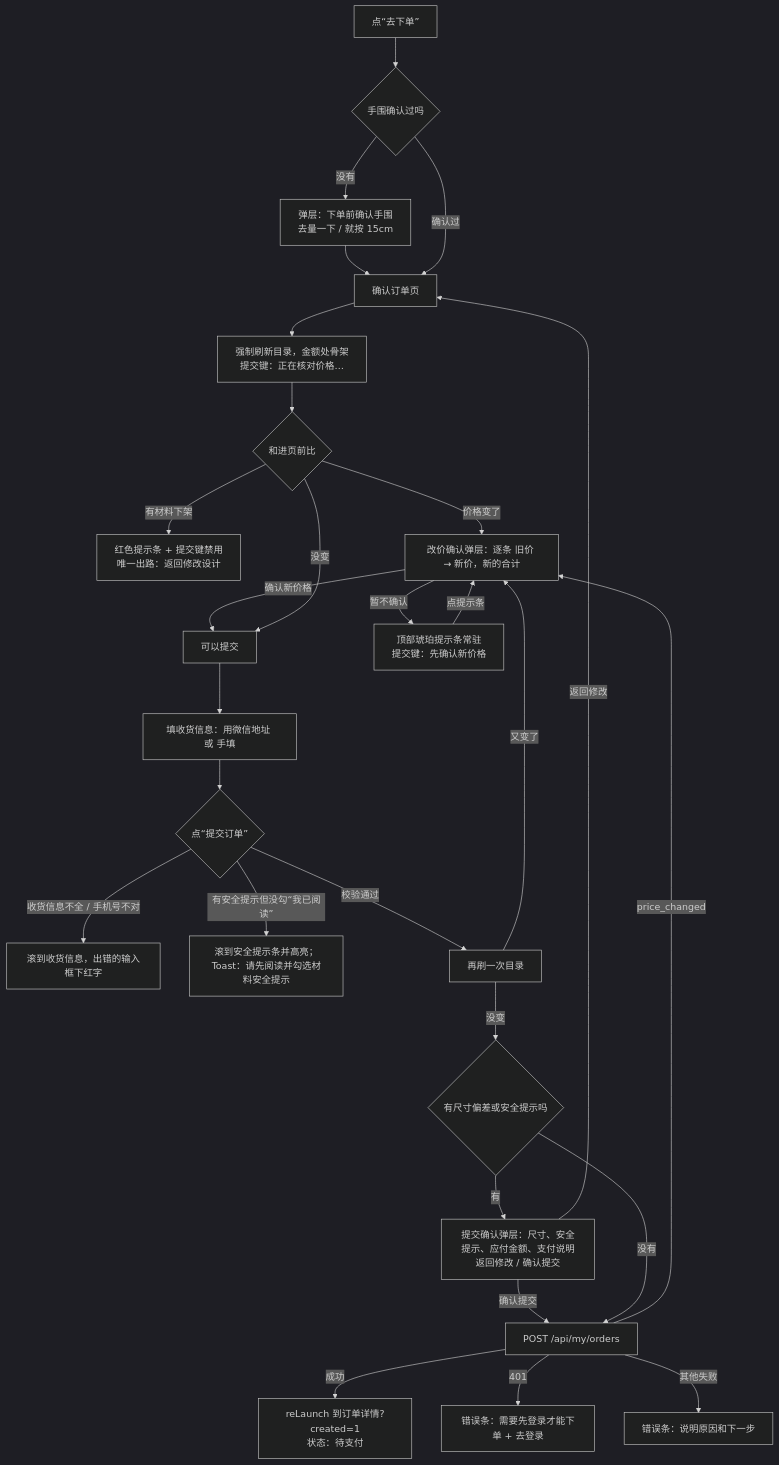
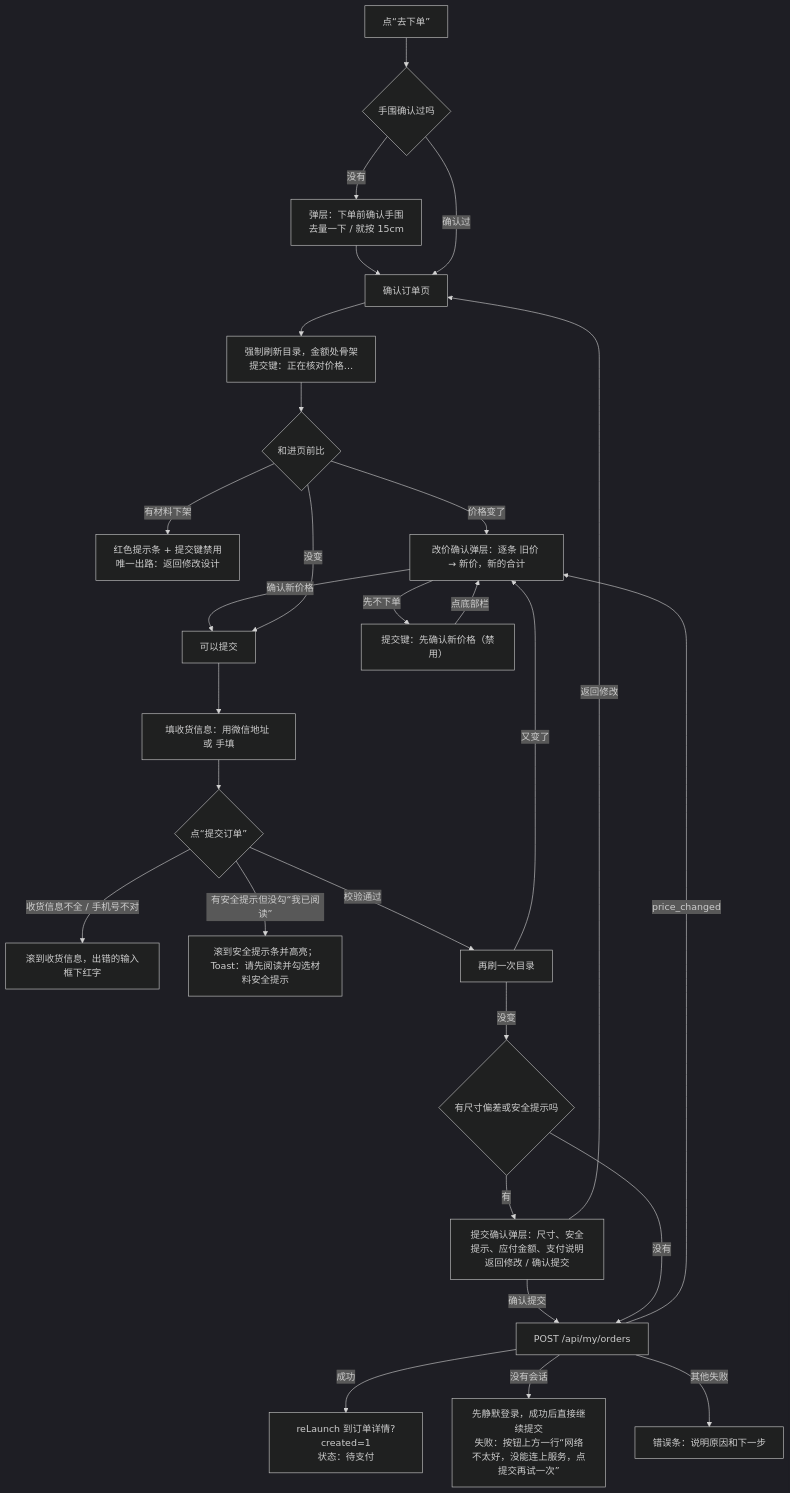
The sixth of 7 diagrams in docs/design/02-core-flows.md (gachiqachi-netizen/-), drawn with Mermaid (dark theme) before and after one commit. The commit also changed other lines of this file and 5 other files, not shown here.

````diff
--- a/docs/design/02-core-flows.md
+++ b/docs/design/02-core-flows.md
@@ -283,30 +281,30 @@
 ```mermaid
 flowchart TD
   A[点“去下单”] --> B{手围确认过吗}
   B -- 没有 --> C[弹层：下单前确认手围<br/>去量一下 / 就按 15cm]
   C --> D[确认订单页]
   B -- 确认过 --> D
   D --> E[强制刷新目录，金额处骨架<br/>提交键：正在核对价格…]
   E --> F{和进页前比}
   F -- 有材料下架 --> G[红色提示条 + 提交键禁用<br/>唯一出路：返回修改设计]
   F -- 价格变了 --> H[改价确认弹层：逐条 旧价 → 新价，新的合计]
   H -- 确认新价格 --> I[可以提交]
-  H -- 暂不确认 --> J[顶部琥珀提示条常驻<br/>提交键：先确认新价格]
-  J -- 点提示条 --> H
+  H -- 先不下单 --> J[提交键：先确认新价格（禁用）]
+  J -- 点底部栏 --> H
   F -- 没变 --> I
   I --> K[填收货信息：用微信地址 或 手填]
   K --> L{点“提交订单”}
   L -- 收货信息不全 / 手机号不对 --> M[滚到收货信息，出错的输入框下红字]
   L -- 有安全提示但没勾“我已阅读” --> N[滚到安全提示条并高亮；Toast：请先阅读并勾选材料安全提示]
   L -- 校验通过 --> O[再刷一次目录]
   O -- 又变了 --> H
   O -- 没变 --> P{有尺寸偏差或安全提示吗}
   P -- 有 --> Q[提交确认弹层：尺寸、安全提示、应付金额、支付说明<br/>返回修改 / 确认提交]
   Q -- 返回修改 --> D
   Q -- 确认提交 --> R[POST /api/my/orders]
   P -- 没有 --> R
   R -- 成功 --> S[reLaunch 到订单详情?created=1<br/>状态：待支付]
-  R -- 401 --> T[错误条：需要先登录才能下单 + 去登录]
+  R -- 没有会话 --> T[先静默登录，成功后直接继续提交<br/>失败：按钮上方一行“网络不太好，没能连上服务，点提交再试一次”]
   R -- price_changed --> H
   R -- 其他失败 --> U[错误条：说明原因和下一步]
 ```
````
